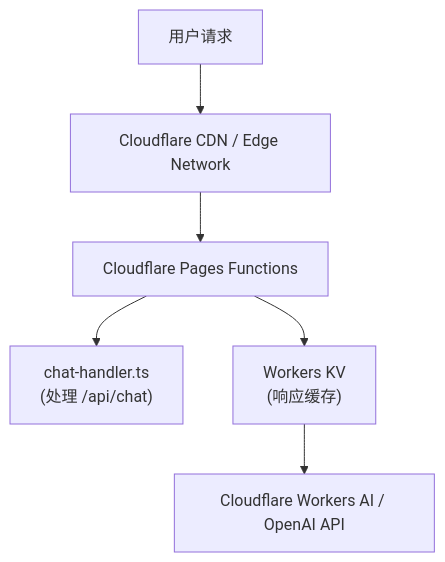
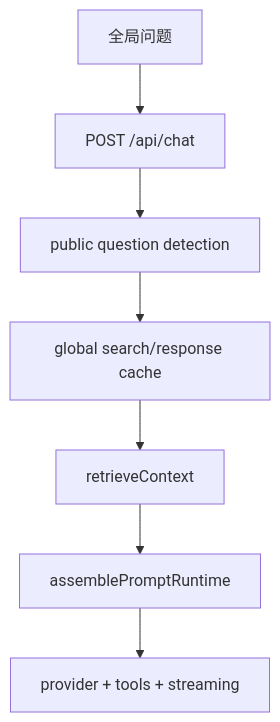
The tenth of 11 diagrams in apps/blog/src/data/blog/zh/ai-module-architecture.md (souloss/astro-minblog), drawn with Mermaid before and after one commit. The commit also changed other lines of this file, not shown here.

First line of the commit message:
docs(blog): rewrite Chinese AI architecture deep dive

````diff
--- a/apps/blog/src/data/blog/zh/ai-module-architecture.md
+++ b/apps/blog/src/data/blog/zh/ai-module-architecture.md
@@ -1793,8 +667,9 @@
 ```mermaid
 flowchart TB
-    A["用户请求"] --> B["Cloudflare CDN / Edge Network"]
-    B --> C["Cloudflare Pages Functions"]
-    C --> D["chat-handler.ts<br/>(处理 /api/chat)"]
-    C --> E["Workers KV<br/>(响应缓存)"]
-    E --> F["Cloudflare Workers AI / OpenAI API"]
+    A["全局问题"] --> B["POST /api/chat"]
+    B --> C["public question detection"]
+    C --> D["global search/response cache"]
+    D --> E["retrieveContext"]
+    E --> F["assemblePromptRuntime"]
+    F --> G["provider + tools + streaming"]
 ```
````
